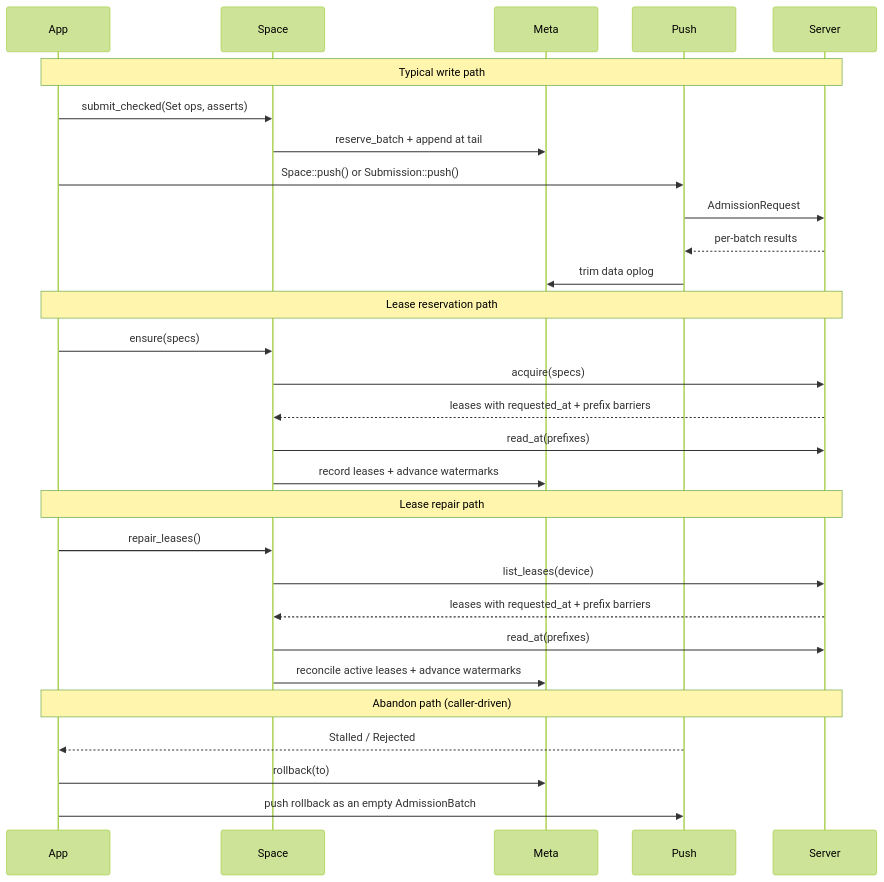
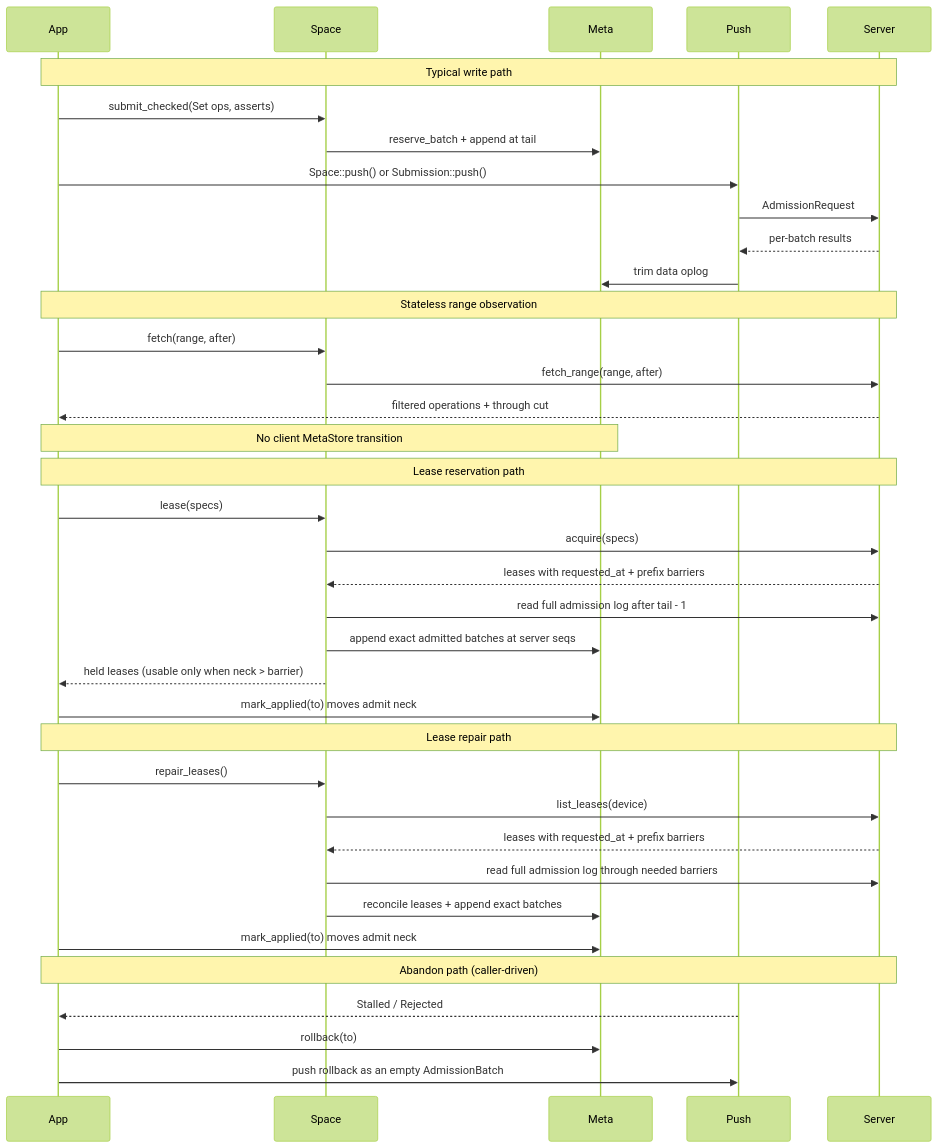
Before and after one commit to nikhilgarg28/homebase: the diagram in admission_rollback_v2.plan.md, drawn with Mermaid (forest theme). The commit also changed other lines of this file and 10 other files, not shown here.

````diff
--- a/admission_rollback_v2.plan.md
+++ b/admission_rollback_v2.plan.md
@@ -113,35 +113,44 @@
 ```mermaid
 sequenceDiagram
     participant App
     participant Space
     participant Meta
     participant Push
     participant Server
 
     Note over App,Server: Typical write path
     App->>Space: submit_checked(Set ops, asserts)
     Space->>Meta: reserve_batch + append at tail
     App->>Push: Space::push() or Submission::push()
     Push->>Server: AdmissionRequest
     Server-->>Push: per-batch results
     Push->>Meta: trim data oplog
 
+    Note over App,Server: Stateless range observation
+    App->>Space: fetch(range, after)
+    Space->>Server: fetch_range(range, after)
+    Server-->>App: filtered operations + through cut
+    Note over App,Meta: No client MetaStore transition
+
     Note over App,Server: Lease reservation path
-    App->>Space: ensure(specs)
+    App->>Space: lease(specs)
     Space->>Server: acquire(specs)
     Server-->>Space: leases with requested_at + prefix barriers
-    Space->>Server: read_at(prefixes)
-    Space->>Meta: record leases + advance watermarks
+    Space->>Server: read full admission log after tail - 1
+    Space->>Meta: append exact admitted batches at server seqs
+    Space-->>App: held leases (usable only when neck > barrier)
+    App->>Meta: mark_applied(to) moves admit neck
 
     Note over App,Server: Lease repair path
     App->>Space: repair_leases()
     Space->>Server: list_leases(device)
     Server-->>Space: leases with requested_at + prefix barriers
-    Space->>Server: read_at(prefixes)
-    Space->>Meta: reconcile active leases + advance watermarks
+    Space->>Server: read full admission log through needed barriers
+    Space->>Meta: reconcile leases + append exact batches
+    App->>Meta: mark_applied(to) moves admit neck
 
     Note over App,Server: Abandon path (caller-driven)
     Push-->>App: Stalled / Rejected
     App->>Meta: rollback(to)
     App->>Push: push rollback as an empty AdmissionBatch
 ```
````
